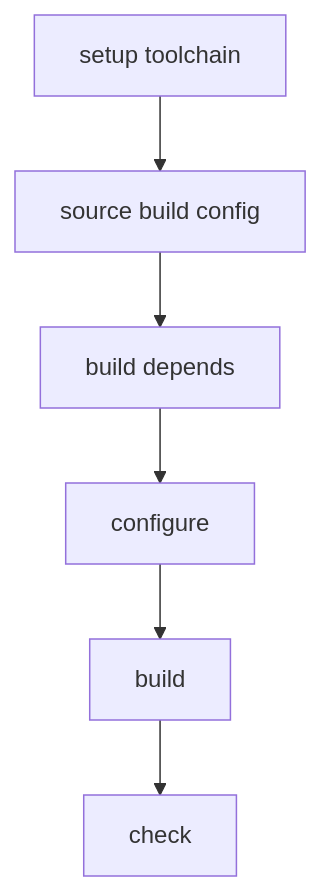
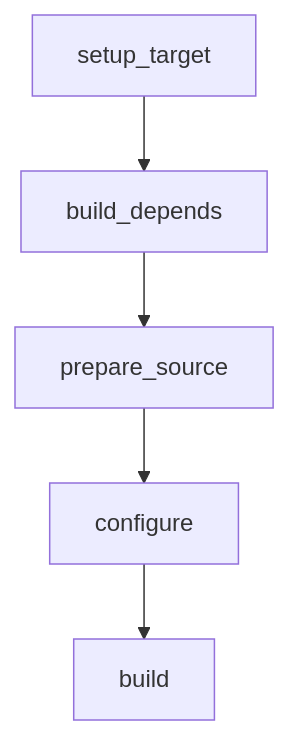
Before and after one commit to zongou/ndk-build: the diagram in README.md, drawn with Mermaid. The commit also changed other lines of this file, not shown here.

````diff
--- a/README.md
+++ b/README.md
@@ -12,9 +12,8 @@
 ```mermaid
 graph TD
-    s1[setup toolchain] -->
-    s2[source build config] -->
-    s3[build depends] -->
-    s4[configure] -->
-    s5[build] -->
-    s6[check]
+    setup_target -->
+    build_depends -->
+    prepare_source -->
+    configure -->
+    build
 ```
````
